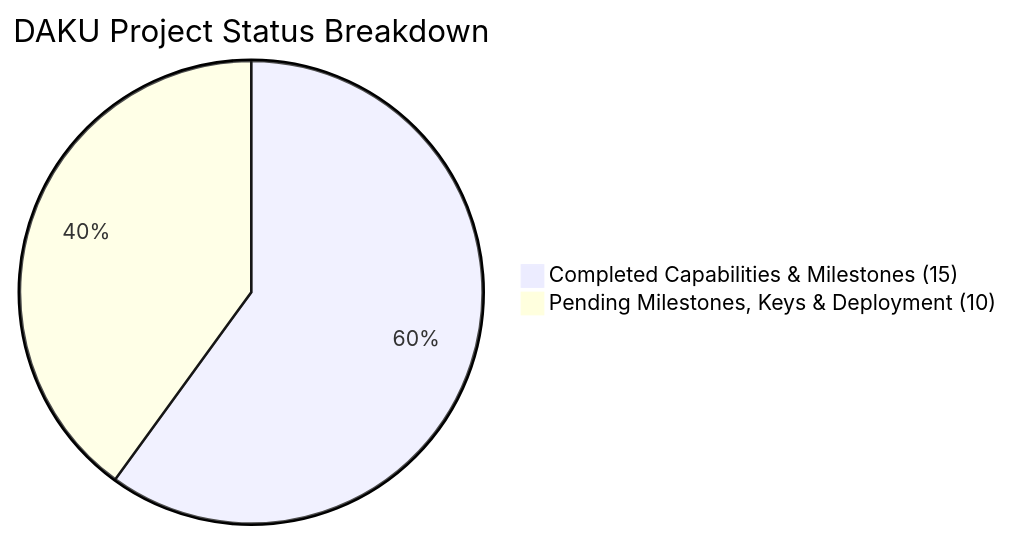
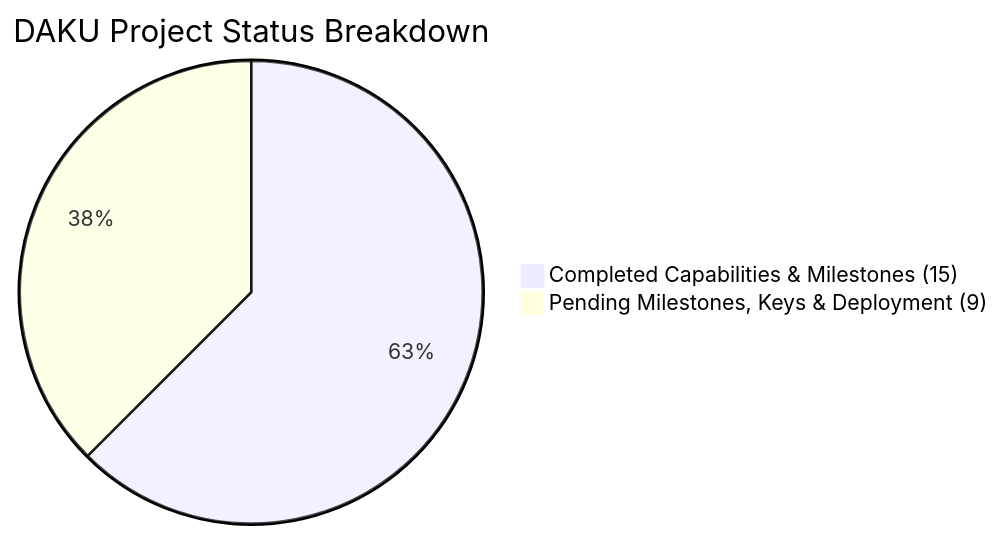
Before and after one commit to tiwarianush07-oss/daku-ai: the diagram in docs/COMPLETED_AND_REMAINING_TASKS.md, drawn with Mermaid. The commit also changed other lines of this file and 35 other files, not shown here.

````diff
--- a/docs/COMPLETED_AND_REMAINING_TASKS.md
+++ b/docs/COMPLETED_AND_REMAINING_TASKS.md
@@ -25,5 +25,5 @@
 ```mermaid
 pie title DAKU Project Status Breakdown
-    "Completed Capabilities & Milestones (15)" : 60
-    "Pending Milestones, Keys & Deployment (10)" : 40
+    "Completed Capabilities & Milestones (15)" : 62.5
+    "Pending Milestones, Keys & Deployment (9)" : 37.5
 ```
````
